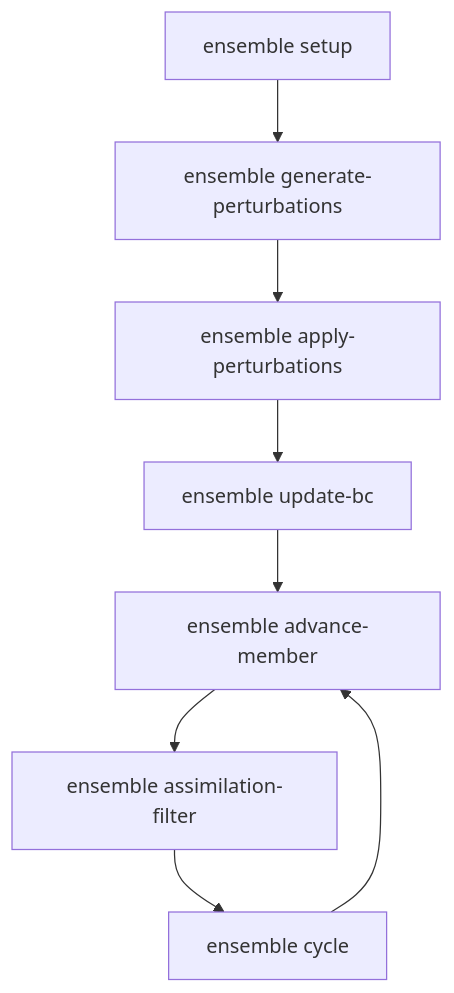
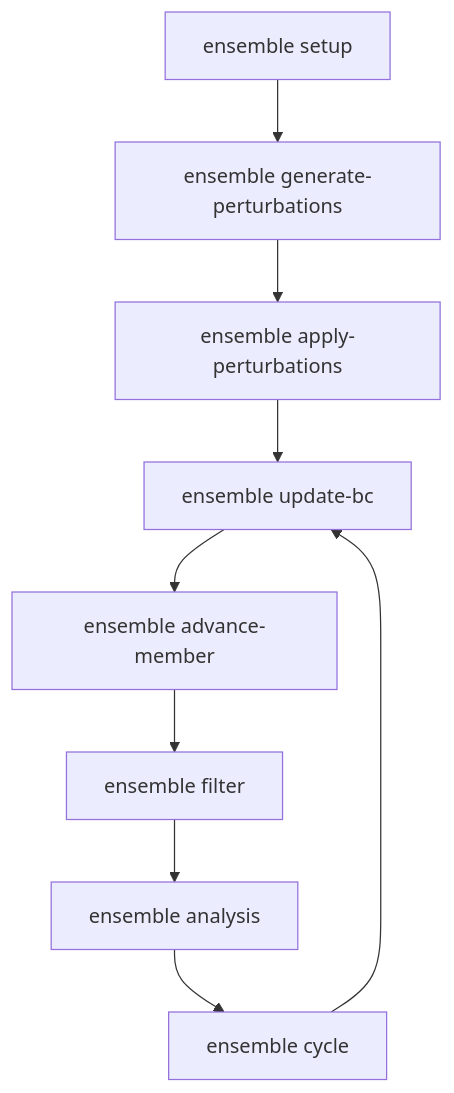
One commit to NOA-ReACT/wrf_ensembly changed the second of 2 diagrams in docs/tutorial.md. Above: the diagram before and after it, drawn with Mermaid. The commit also changed other lines of this file and 5 other files, not shown here.

````diff
--- a/docs/tutorial.md
+++ b/docs/tutorial.md
@@ -220,10 +153,11 @@
 ```mermaid
 flowchart TD
     setup[ensemble setup] --> genperts[ensemble generate-perturbations]
     genperts --> applyperts[ensemble apply-perturbations]
     applyperts --> updatebc[ensemble update-bc]
     updatebc --> advance[ensemble advance-member]
-    advance --> filter[ensemble assimilation-filter]
-    filter --> cycle[ensemble cycle]
-    cycle --> advance
+    advance --> filter[ensemble filter]
+    filter --> analysis[ensemble analysis]
+    analysis --> cycle[ensemble cycle]
+    cycle --> updatebc
 ```
````
